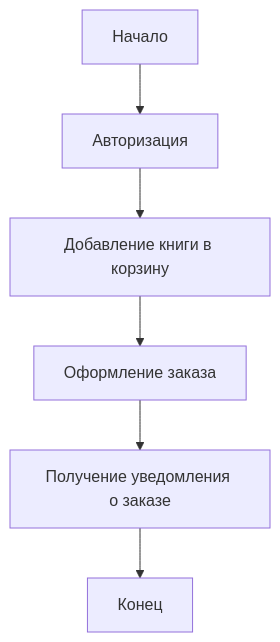
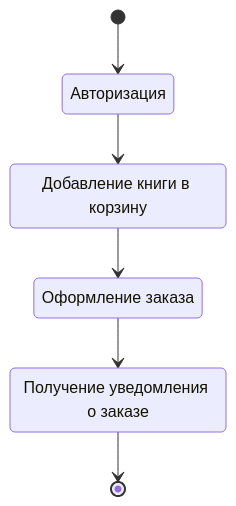
The first of 3 diagrams in lab1/report.md (MANASLU8/chappel-of-examples), drawn with Mermaid before and after one commit. The commit also changed other lines of this file and 1 other file, not shown here.

Commit message:
Добавил диаграмму Use Cases

````diff
--- a/lab1/report.md
+++ b/lab1/report.md
@@ -45,8 +46,14 @@
 ```mermaid
-graph TD
-    A[Начало] --> B[Авторизация]
-    B --> C[Добавление книги в корзину]
-    C --> D[Оформление заказа]
-    D --> E[Получение уведомления о заказе]
-    E --> F[Конец]
+stateDiagram-v2
+    auth: Авторизация
+    add: Добавление книги в корзину
+    order: Оформление заказа
+    notification: Получение уведомления о заказе
+
+
+    [*] --> auth
+    auth --> add
+    add --> order
+    order --> notification
+    notification --> [*]
 ```
````
